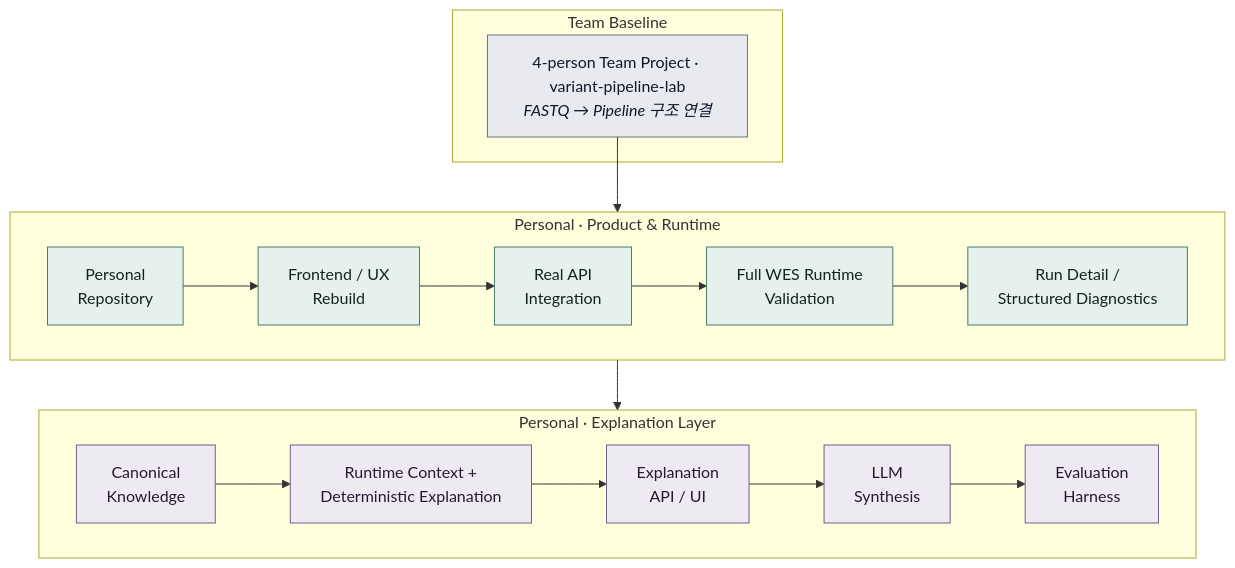
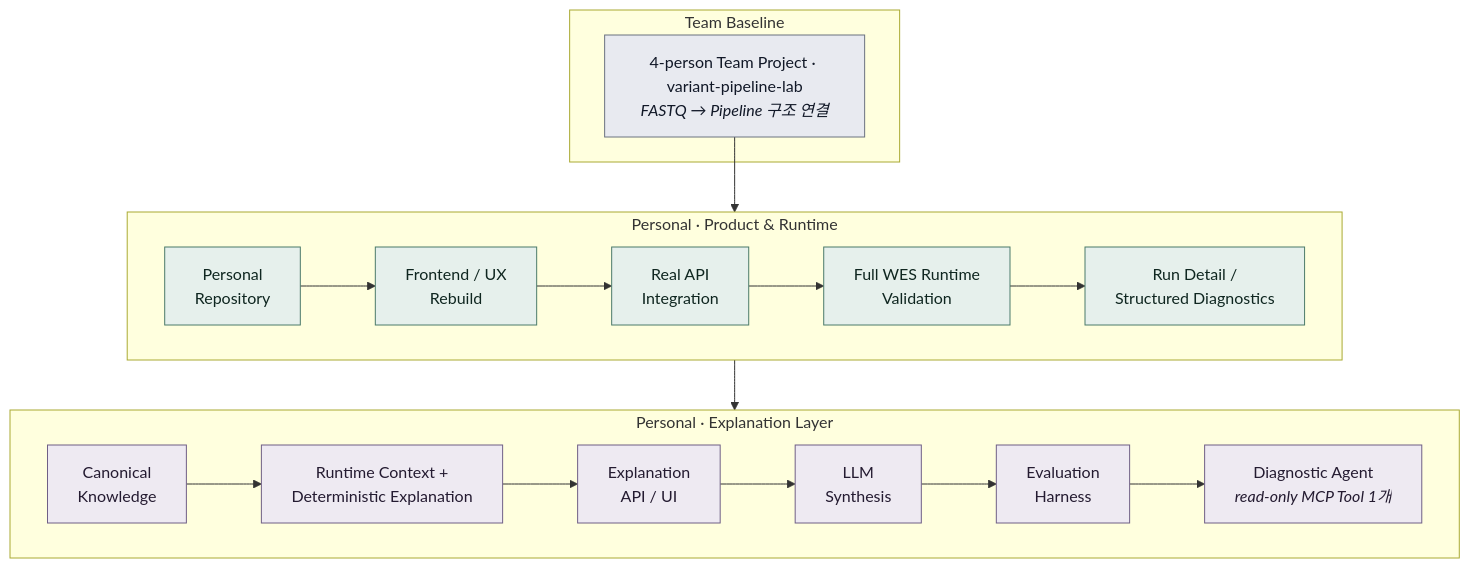
The first of 4 diagrams in README.md (hgkim1598/wes-pipeline-web), drawn with Mermaid before and after one commit. The commit also changed other lines of this file, not shown here.

````diff
--- a/README.md
+++ b/README.md
@@ -60,28 +60,29 @@
 ```mermaid
 flowchart TB
     subgraph TEAM["Team Baseline"]
       A["4-person Team Project · variant-pipeline-lab<br/><i>FASTQ → Pipeline 구조 연결</i>"]
     end
 
     subgraph PROD["Personal · Product & Runtime"]
       direction LR
       B["Personal<br/>Repository"] --> C["Frontend / UX<br/>Rebuild"] --> D["Real API<br/>Integration"]
       D --> E["Full WES Runtime<br/>Validation"] --> F["Run Detail /<br/>Structured Diagnostics"]
     end
 
     subgraph XAI["Personal · Explanation Layer"]
       direction LR
       G["Canonical<br/>Knowledge"] --> H["Runtime Context +<br/>Deterministic Explanation"]
       H --> I["Explanation<br/>API / UI"] --> J["LLM<br/>Synthesis"] --> K["Evaluation<br/>Harness"]
+      K --> L["Diagnostic Agent<br/><i>read-only MCP Tool 1개</i>"]
     end
 
     A --> B
     F --> G
 
     classDef team fill:#e8eaf0,stroke:#6b7280,color:#111827
     classDef mine fill:#e6f0ec,stroke:#4b7a6a,color:#0f2620
     classDef ai   fill:#eeeaf2,stroke:#6f5f86,color:#241b31
     class A team
     class B,C,D,E,F mine
-    class G,H,I,J,K ai
+    class G,H,I,J,K,L ai
 ```
````
